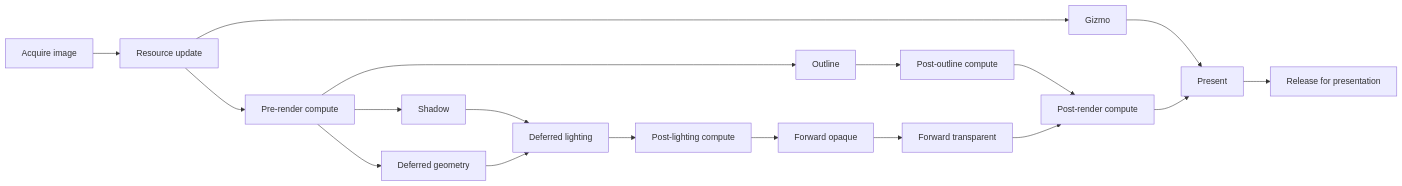
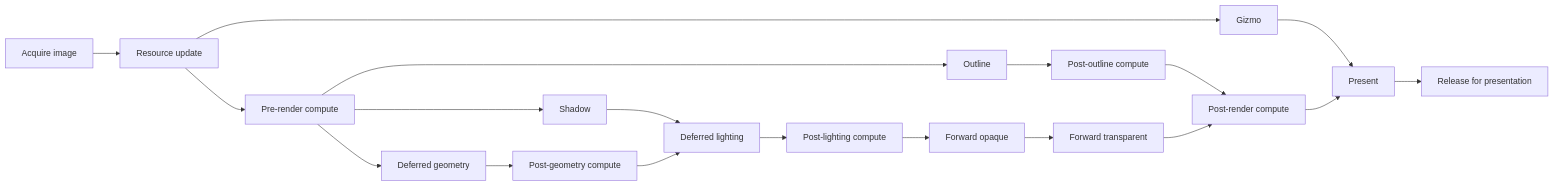
Before and after one commit to Tom-Olsen/Ember: the diagram in website/content/documentation/vulkan-renderer/frame-lifecycle.md, drawn with Mermaid. The commit also changed 29 other files, not shown here.

Commit message:
Added postGeometry compute stage for screen space ambient occlusion.

````diff
--- a/website/content/documentation/vulkan-renderer/frame-lifecycle.md
+++ b/website/content/documentation/vulkan-renderer/frame-lifecycle.md
@@ -19,24 +19,25 @@
 ```mermaid
 flowchart LR
     Acquire[Acquire image] --> Update[Resource update]
 
     Update --> Gizmo[Gizmo]
     Gizmo --> Present[Present]
 
     Update --> Pre[Pre-render compute]
     Pre --> Outline[Outline]
     Outline --> PostOutline[Post-outline compute]
     PostOutline --> Post[Post-render compute]
 
     Pre --> Shadow[Shadow]
     Pre --> Geometry[Deferred geometry]
     Shadow --> Lighting[Deferred lighting]
-    Geometry --> Lighting
+    Geometry --> PostGeometry[Post-geometry compute]
+    PostGeometry --> Lighting
     Lighting --> PostLighting[Post-lighting compute]
     PostLighting --> Opaque[Forward opaque]
     Opaque --> Transparent[Forward transparent]
     Transparent --> Post
 
     Post --> Present
     Present --> Release[Release for presentation]
 ```
````
